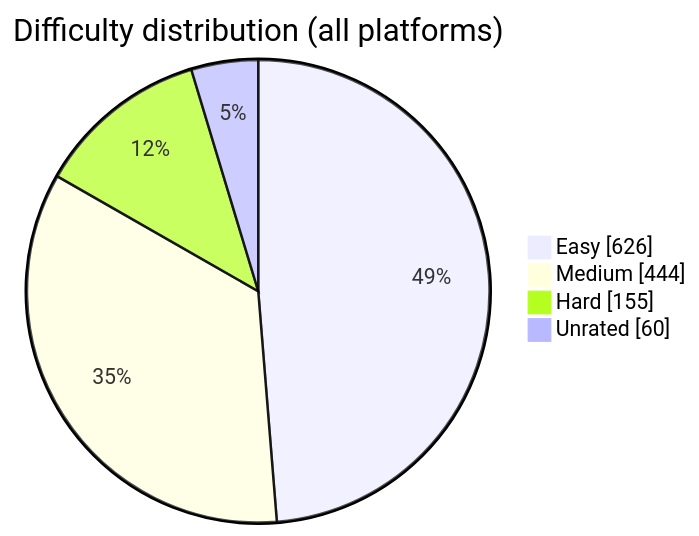
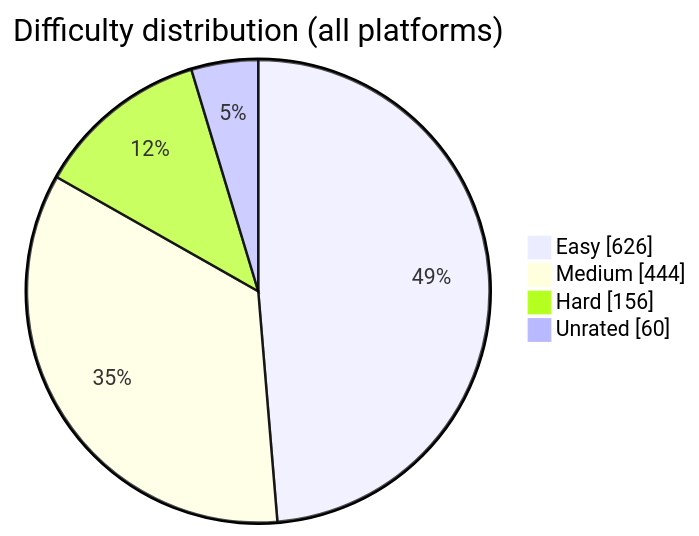
Before and after one commit to BuildbyArindam/Daily-Coding-Log: the diagram in README.md, drawn with Mermaid. The commit also changed other lines of this file, not shown here.

````diff
--- a/README.md
+++ b/README.md
@@ -93,7 +93,7 @@
 ```mermaid
 pie showData title Difficulty distribution (all platforms)
     "Easy" : 626
     "Medium" : 444
-    "Hard" : 155
+    "Hard" : 156
     "Unrated" : 60
 ```
````
